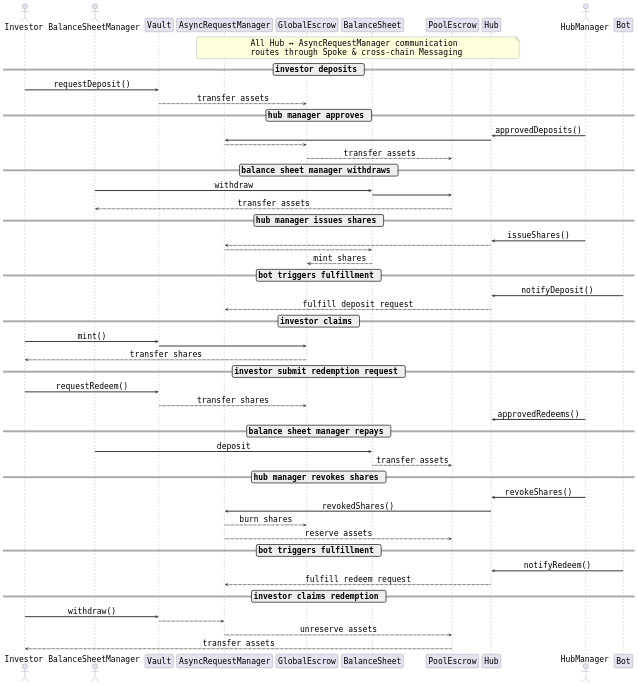
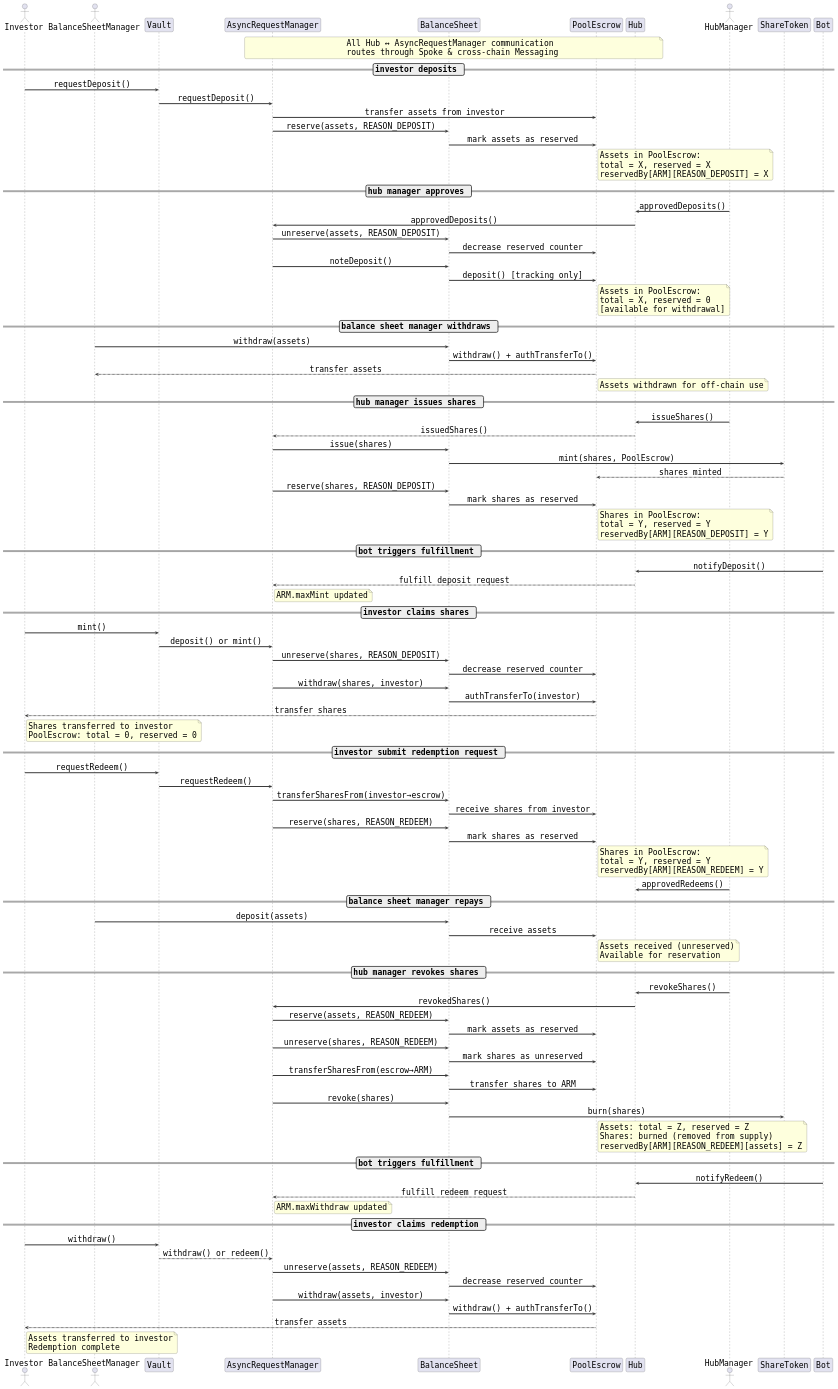
The diagram in docs/architecture/vaults/flow-of-funds.puml (centrifuge/protocol), drawn with PlantUML before and after one commit. The commit also changed 17 other files, not shown here.

```diff
--- a/docs/architecture/vaults/flow-of-funds.puml
+++ b/docs/architecture/vaults/flow-of-funds.puml
@@ -1,100 +1,182 @@
 @startuml
 skinparam sequenceArrowThickness 3
 skinparam backgroundColor white
 skinparam sequenceMessageAlign center
 skinparam maxMessageSize 500
 skinparam roundcorner 10
 skinparam shadowing false
 skinparam defaultFontName "Monospaced"
 skinparam defaultFontSize 25
 
 skinparam sequence {
     ArrowColor #333333
     BoxBorderColor #999999
     BoxBackgroundColor #F9F9F9
     GroupBorderColor #AAAAAA
     GroupBackgroundColor #EEEEEE
 }
 
 actor Investor
 actor BalanceSheetManager
 participant Vault
-participant AsyncRequestManager
-participant GlobalEscrow
+participant AsyncRequestManager as ARM
 participant BalanceSheet
 participant PoolEscrow
 participant Hub
 actor HubManager
 
-note over Hub, AsyncRequestManager
+note over Hub, ARM
     All Hub ↔ AsyncRequestManager communication
     routes through Spoke & cross-chain Messaging
 end note
 
 == investor deposits ==
 
 Investor -> Vault : requestDeposit()
-Vault --> GlobalEscrow : transfer assets
+Vault -> ARM : requestDeposit()
+ARM -> PoolEscrow : transfer assets from investor
+ARM -> BalanceSheet : reserve(assets, REASON_DEPOSIT)
+BalanceSheet -> PoolEscrow : mark assets as reserved
+
+note right of PoolEscrow
+    Assets in PoolEscrow:
+    total = X, reserved = X
+    reservedBy[ARM][REASON_DEPOSIT] = X
+end note
 
 == hub manager approves ==
 
 HubManager -> Hub : approvedDeposits()
-Hub -> AsyncRequestManager :
-AsyncRequestManager --> GlobalEscrow :
-GlobalEscrow --> PoolEscrow : transfer assets
+Hub -> ARM : approvedDeposits()
+ARM -> BalanceSheet : unreserve(assets, REASON_DEPOSIT)
+BalanceSheet -> PoolEscrow : decrease reserved counter
+ARM -> BalanceSheet : noteDeposit()
+BalanceSheet -> PoolEscrow : deposit() [tracking only]
+
+note right of PoolEscrow
+    Assets in PoolEscrow:
+    total = X, reserved = 0
+    [available for withdrawal]
+end note
 
 == balance sheet manager withdraws ==
 
-BalanceSheetManager -> BalanceSheet : withdraw
-BalanceSheet -> PoolEscrow : 
+BalanceSheetManager -> BalanceSheet : withdraw(assets)
+BalanceSheet -> PoolEscrow : withdraw() + authTransferTo()
 PoolEscrow --> BalanceSheetManager : transfer assets
+
+note right of PoolEscrow
+    Assets withdrawn for off-chain use
+end note
 
 == hub manager issues shares ==
 
 HubManager -> Hub : issueShares()
-Hub --> AsyncRequestManager :
-AsyncRequestManager --> BalanceSheet :
-BalanceSheet --> GlobalEscrow : mint shares
+Hub --> ARM : issuedShares()
+ARM -> BalanceSheet : issue(shares)
+BalanceSheet -> ShareToken : mint(shares, PoolEscrow)
+ShareToken --> PoolEscrow : shares minted
+ARM -> BalanceSheet : reserve(shares, REASON_DEPOSIT)
+BalanceSheet -> PoolEscrow : mark shares as reserved
+
+note right of PoolEscrow
+    Shares in PoolEscrow:
+    total = Y, reserved = Y
+    reservedBy[ARM][REASON_DEPOSIT] = Y
+end note
 
 == bot triggers fulfillment ==
 
 Bot -> Hub : notifyDeposit()
-Hub --> AsyncRequestManager : fulfill deposit request
+Hub --> ARM : fulfill deposit request
 
-== investor claims ==
+note right of ARM
+    ARM.maxMint updated
+end note
+
+== investor claims shares ==
 
 Investor -> Vault : mint()
-Vault -> GlobalEscrow :
-GlobalEscrow --> Investor : transfer shares
+Vault -> ARM : deposit() or mint()
+ARM -> BalanceSheet : unreserve(shares, REASON_DEPOSIT)
+BalanceSheet -> PoolEscrow : decrease reserved counter
+ARM -> BalanceSheet : withdraw(shares, investor)
+BalanceSheet -> PoolEscrow : authTransferTo(investor)
+PoolEscrow --> Investor : transfer shares
+
+note right of Investor
+    Shares transferred to investor
+    PoolEscrow: total = 0, reserved = 0
+end note
 
 == investor submit redemption request ==
 
 Investor -> Vault : requestRedeem()
-Vault --> GlobalEscrow : transfer shares
+Vault -> ARM : requestRedeem()
+ARM -> BalanceSheet : transferSharesFrom(investor→escrow)
+BalanceSheet -> PoolEscrow : receive shares from investor
+ARM -> BalanceSheet : reserve(shares, REASON_REDEEM)
+BalanceSheet -> PoolEscrow : mark shares as reserved
+
+note right of PoolEscrow
+    Shares in PoolEscrow:
+    total = Y, reserved = Y
+    reservedBy[ARM][REASON_REDEEM] = Y
+end note
+
 HubManager -> Hub : approvedRedeems()
 
 == balance sheet manager repays ==
 
-BalanceSheetManager -> BalanceSheet : deposit
-BalanceSheet --> PoolEscrow : transfer assets
+BalanceSheetManager -> BalanceSheet : deposit(assets)
+BalanceSheet -> PoolEscrow : receive assets
+
+note right of PoolEscrow
+    Assets received (unreserved)
+    Available for reservation
+end note
 
 == hub manager revokes shares ==
 
 HubManager -> Hub : revokeShares()
-Hub -> AsyncRequestManager : revokedShares()
-AsyncRequestManager --> GlobalEscrow : burn shares
-AsyncRequestManager --> PoolEscrow : reserve assets
+Hub -> ARM : revokedShares()
+ARM -> BalanceSheet : reserve(assets, REASON_REDEEM)
+BalanceSheet -> PoolEscrow : mark assets as reserved
+ARM -> BalanceSheet : unreserve(shares, REASON_REDEEM)
+BalanceSheet -> PoolEscrow : mark shares as unreserved
+ARM -> BalanceSheet : transferSharesFrom(escrow→ARM)
+BalanceSheet -> PoolEscrow : transfer shares to ARM
+ARM -> BalanceSheet : revoke(shares)
+BalanceSheet -> ShareToken : burn(shares)
+
+note right of PoolEscrow
+    Assets: total = Z, reserved = Z
+    Shares: burned (removed from supply)
+    reservedBy[ARM][REASON_REDEEM][assets] = Z
+end note
 
 == bot triggers fulfillment ==
 
 Bot -> Hub : notifyRedeem()
-Hub --> AsyncRequestManager : fulfill redeem request
+Hub --> ARM : fulfill redeem request
+
+note right of ARM
+    ARM.maxWithdraw updated
+end note
 
 == investor claims redemption ==
 
 Investor -> Vault : withdraw()
-Vault --> AsyncRequestManager :
-AsyncRequestManager --> PoolEscrow : unreserve assets
+Vault --> ARM : withdraw() or redeem()
+ARM -> BalanceSheet : unreserve(assets, REASON_REDEEM)
+BalanceSheet -> PoolEscrow : decrease reserved counter
+ARM -> BalanceSheet : withdraw(assets, investor)
+BalanceSheet -> PoolEscrow : withdraw() + authTransferTo()
 PoolEscrow --> Investor : transfer assets
 
+note right of Investor
+    Assets transferred to investor
+    Redemption complete
+end note
+
 @enduml
```
